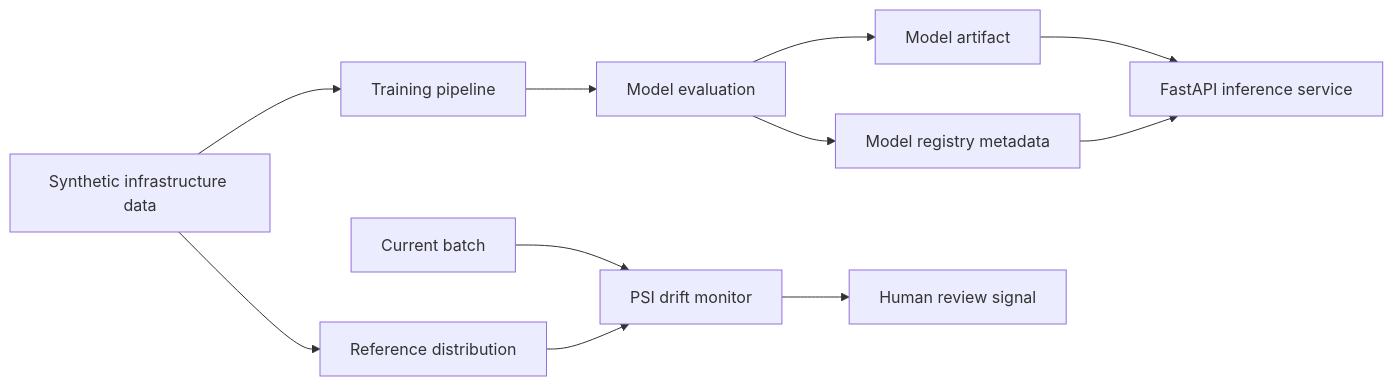
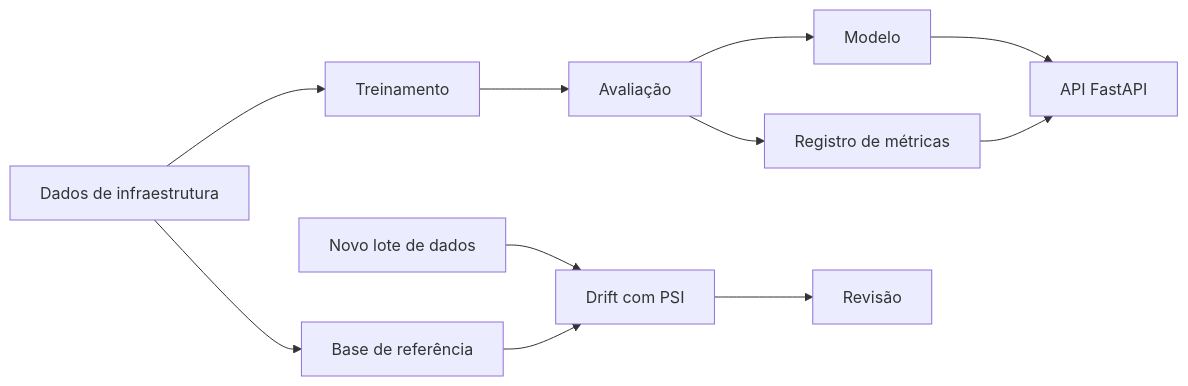
Before and after one commit to Clebin0/mlops-aiops-lab: the diagram in docs/ARCHITECTURE.md, drawn with Mermaid. The commit also changed other lines of this file, not shown here.

Commit message:
docs: simplify architecture notes

````diff
--- a/docs/ARCHITECTURE.md
+++ b/docs/ARCHITECTURE.md
@@ -9,13 +5,13 @@
 ```mermaid
 flowchart LR
-    A[Synthetic infrastructure data] --> B[Training pipeline]
-    B --> C[Model evaluation]
-    C --> D[Model artifact]
-    C --> E[Model registry metadata]
-    D --> F[FastAPI inference service]
+    A[Dados de infraestrutura] --> B[Treinamento]
+    B --> C[Avaliação]
+    C --> D[Modelo]
+    C --> E[Registro de métricas]
+    D --> F[API FastAPI]
     E --> F
-    A --> G[Reference distribution]
-    H[Current batch] --> I[PSI drift monitor]
+    A --> G[Base de referência]
+    H[Novo lote de dados] --> I[Drift com PSI]
     G --> I
-    I --> J[Human review signal]
+    I --> J[Revisão]
 ```
````
